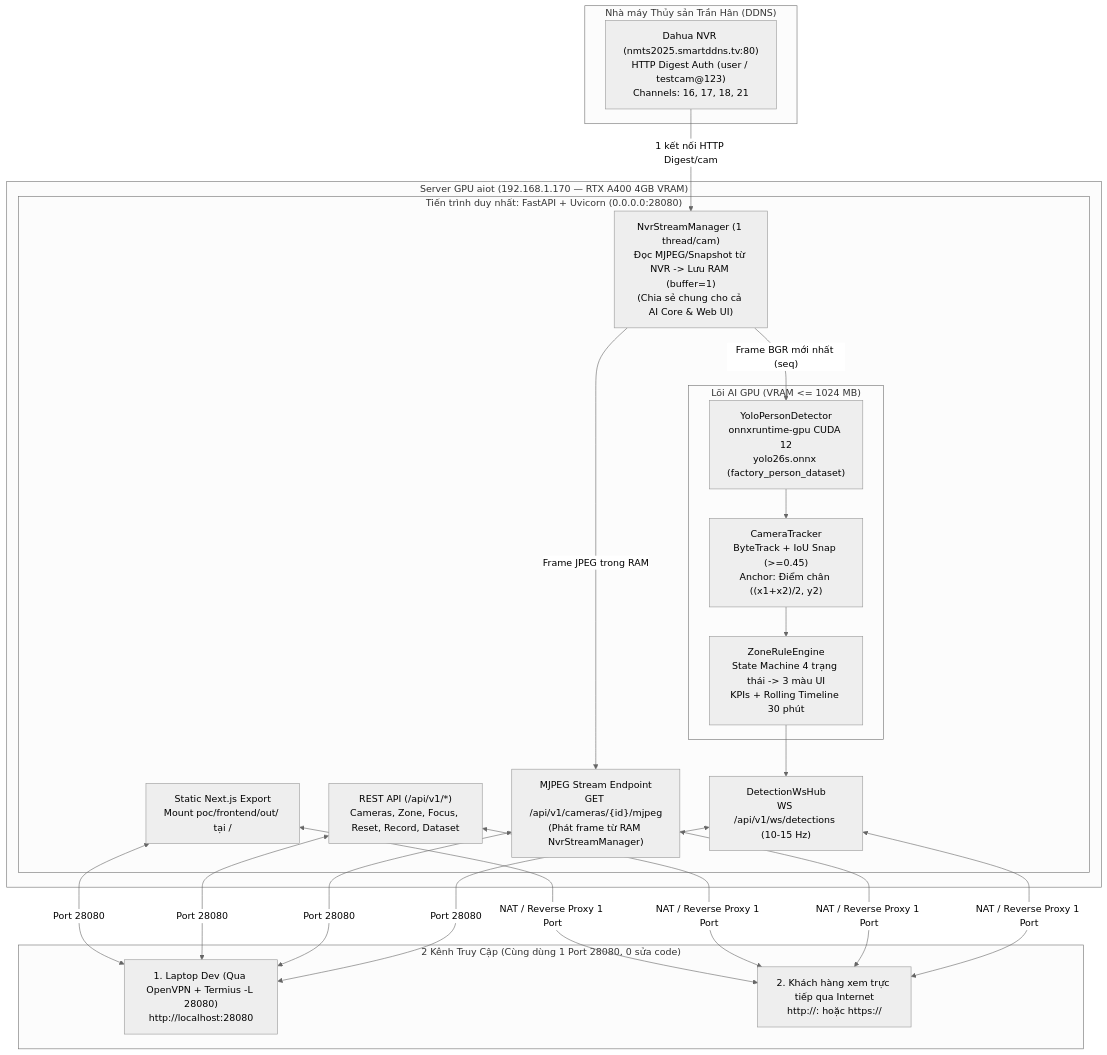
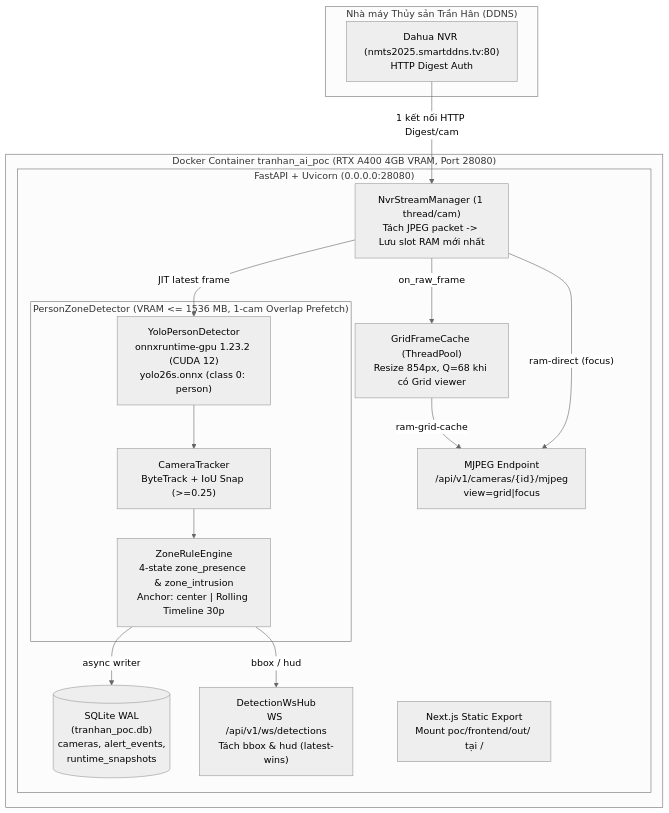
One commit to phamvantienkiz/atin_tran_han_industry changed the diagram in poc/docs/pocv001/00_MASTER_OVERVIEW_AND_ARCHITECTURE.md. Above: the diagram before and after it, drawn with Mermaid (neutral theme). The commit also changed other lines of this file and 18 other files, not shown here.

````diff
--- a/poc/docs/pocv001/00_MASTER_OVERVIEW_AND_ARCHITECTURE.md
+++ b/poc/docs/pocv001/00_MASTER_OVERVIEW_AND_ARCHITECTURE.md
@@ -39,36 +32,33 @@
 ```mermaid
 flowchart TB
     subgraph TRANHAN["Nhà máy Thủy sản Trần Hân (DDNS)"]
-        NVR["Dahua NVR (nmts2025.smartddns.tv:80)\nHTTP Digest Auth (user / testcam@123)\nChannels: 16, 17, 18, 21"]
+        NVR["Dahua NVR (nmts2025.smartddns.tv:80)\nHTTP Digest Auth"]
     end
 
-    subgraph AIOT["Server GPU aiot (192.168.1.170 — RTX A400 4GB VRAM)"]
-        subgraph FASTAPI["Tiến trình duy nhất: FastAPI + Uvicorn (0.0.0.0:28080)"]
-            STREAM["NvrStreamManager (1 thread/cam)\nĐọc MJPEG/Snapshot từ NVR -> Lưu RAM (buffer=1)\n(Chia sẻ chung cho cả AI Core & Web UI)"]
-            
-            subgraph AICORE["Lõi AI GPU (VRAM <= 1024 MB)"]
-                DET["YoloPersonDetector\nonnxruntime-gpu CUDA 12\nyolo26s.onnx (factory_person_dataset)"]
-                TRK["CameraTracker\nByteTrack + IoU Snap (>=0.45)\nAnchor: Điểm chân ((x1+x2)/2, y2)"]
-                RULE["ZoneRuleEngine\nState Machine 4 trạng thái -> 3 màu UI\nKPIs + Rolling Timeline 30 phút"]
+    subgraph AIOT["Docker Container tranhan_ai_poc (RTX A400 4GB VRAM, Port 28080)"]
+        subgraph FASTAPI["FastAPI + Uvicorn (0.0.0.0:28080)"]
+            STREAM["NvrStreamManager (1 thread/cam)\nTách JPEG packet -> Lưu slot RAM mới nhất"]
+            GCACHE["GridFrameCache (ThreadPool)\nResize 854px, Q=68 khi có Grid viewer"]
+
+            subgraph AICORE["PersonZoneDetector (VRAM <= 1536 MB, 1-cam Overlap Prefetch)"]
+                DET["YoloPersonDetector\nonnxruntime-gpu 1.23.2 (CUDA 12)\nyolo26s.onnx (class 0: person)"]
+                TRK["CameraTracker\nByteTrack + IoU Snap (>=0.25)"]
+                RULE["ZoneRuleEngine\n4-state zone_presence & zone_intrusion\nAnchor: center | Rolling Timeline 30p"]
             end
 
-            WSHUB["DetectionWsHub\nWS /api/v1/ws/detections (10-15 Hz)"]
-            MJPEG["MJPEG Stream Endpoint\nGET /api/v1/cameras/{id}/mjpeg\n(Phát frame từ RAM NvrStreamManager)"]
-            REST["REST API (/api/v1/*)\nCameras, Zone, Focus, Reset, Record, Dataset"]
-            STATIC["Static Next.js Export\nMount poc/frontend/out/ tại /"]
+            SQLITE[("SQLite WAL\n(tranhan_poc.db)\ncameras, alert_events,\nruntime_snapshots")]
+            WSHUB["DetectionWsHub\nWS /api/v1/ws/detections\nTách bbox & hud (latest-wins)"]
+            MJPEG["MJPEG Endpoint\n/api/v1/cameras/{id}/mjpeg\nview=grid|focus"]
+            STATIC["Next.js Static Export\nMount poc/frontend/out/ tại /"]
         end
     end
 
-    subgraph ACCESS["2 Kênh Truy Cập (Cùng dùng 1 Port 28080, 0 sửa code)"]
-        DEV["1. Laptop Dev (Qua OpenVPN + Termius -L 28080)\nhttp://localhost:28080"]
-        CUST["2. Khách hàng xem trực tiếp qua Internet\nhttp://<PUBLIC_IP>:<PORT> hoặc https://<DOMAIN_CTY>"]
-    end
-
     NVR -->|"1 kết nối HTTP Digest/cam"| STREAM
-    STREAM -->|"Frame BGR mới nhất (seq)"| DET
-    DET --> TRK --> RULE --> WSHUB
-    STREAM -->|"Frame JPEG trong RAM"| MJPEG
-    
-    STATIC & REST & MJPEG & WSHUB <-->|"Port 28080"| DEV
-    STATIC & REST & MJPEG & WSHUB <-->|"NAT / Reverse Proxy 1 Port"| CUST
+    STREAM -->|"on_raw_frame"| GCACHE
+    STREAM -->|"JIT latest frame"| DET
+    DET --> TRK --> RULE
+    RULE -->|"bbox / hud"| WSHUB
+    RULE -->|"async writer"| SQLITE
+    GCACHE -->|"ram-grid-cache"| MJPEG
+    STREAM -->|"ram-direct (focus)"| MJPEG
 ```
````
